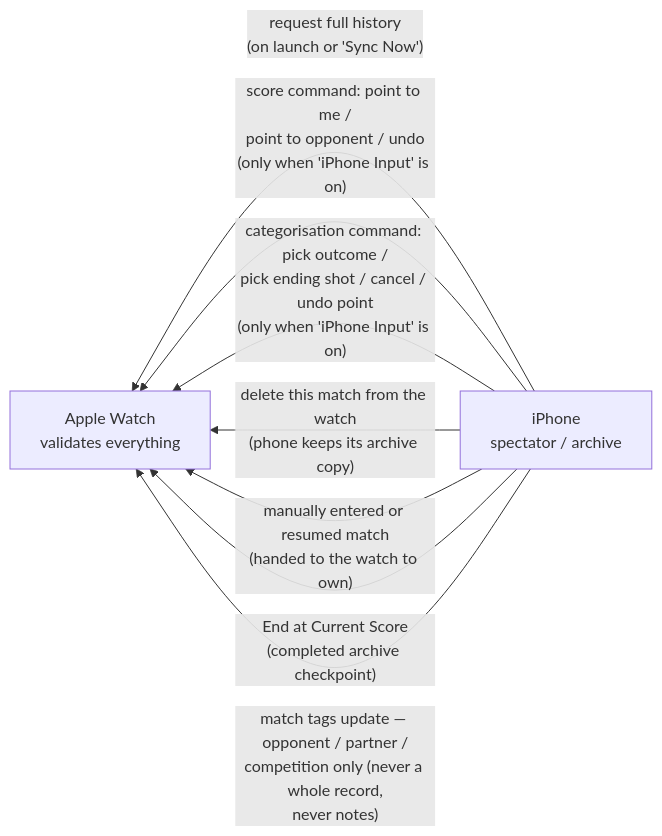
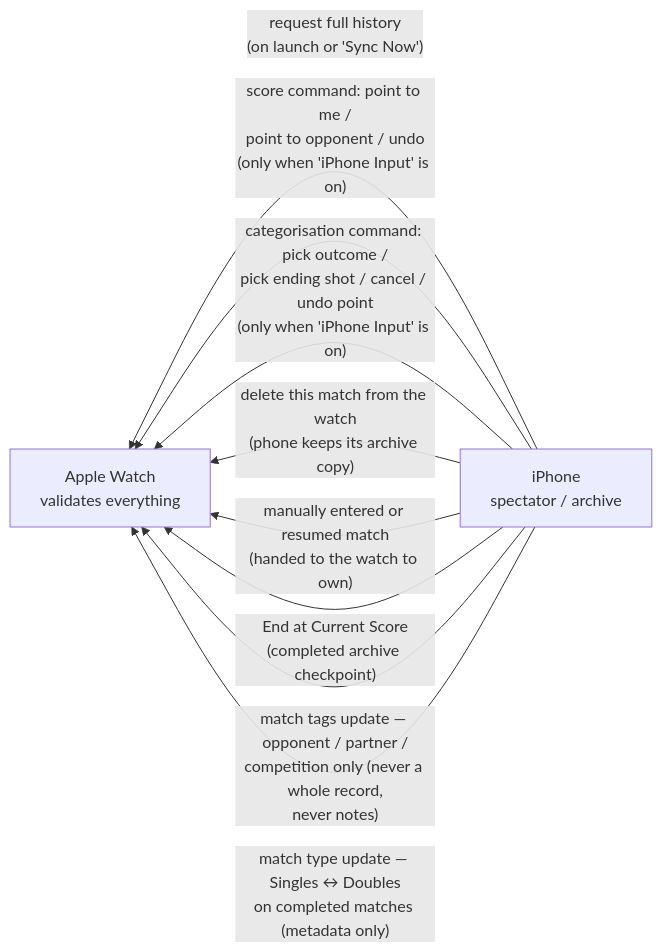
Before and after one commit to EMRahman/DeuceMate: the second of 7 diagrams in docs/architecture/sync-and-data-flow.md, drawn with Mermaid. The commit also changed other lines of this file and 2 other files, not shown here.

First line of the commit message:
docs: document completed match-type conversion and sync flow

````diff
--- a/docs/architecture/sync-and-data-flow.md
+++ b/docs/architecture/sync-and-data-flow.md
@@ -46,12 +46,13 @@
 ```mermaid
 flowchart RL
     P["iPhone<br/>spectator / archive"]
     W["Apple Watch<br/>validates everything"]
     P -- "request full history<br/>(on launch or 'Sync Now')" --> W
     P -- "score command: point to me /<br/>point to opponent / undo<br/>(only when 'iPhone Input' is on)" --> W
     P -- "categorisation command: pick outcome /<br/>pick ending shot / cancel / undo point<br/>(only when 'iPhone Input' is on)" --> W
     P -- "delete this match from the watch<br/>(phone keeps its archive copy)" --> W
     P -- "manually entered or resumed match<br/>(handed to the watch to own)" --> W
     P -- "End at Current Score<br/>(completed archive checkpoint)" --> W
     P -- "match tags update — opponent / partner /<br/>competition only (never a whole record,<br/>never notes)" --> W
+    P -- "match type update — Singles ↔ Doubles<br/>on completed matches (metadata only)" --> W
 ```
````
